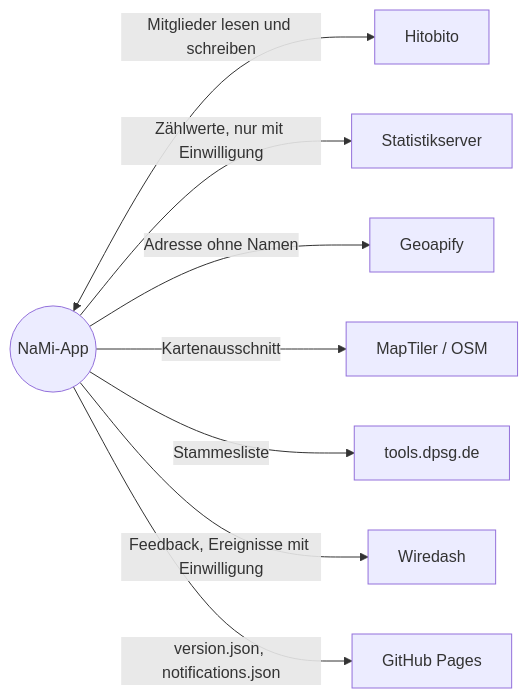
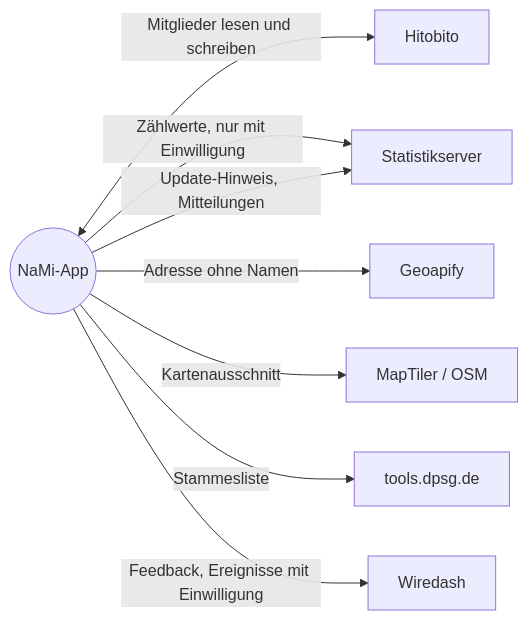
One commit to digital-scouts/dpsg-nami-app changed the diagram in docs/technik/externe-dienste.md. Above: the diagram before and after it, drawn with Mermaid. The commit also changed other lines of this file and 22 other files, not shown here.

First line of the commit message:
Meldungen und Versionen: App lädt vom Statistikserver statt von GitHub Pages

````diff
--- a/docs/technik/externe-dienste.md
+++ b/docs/technik/externe-dienste.md
@@ -13,11 +13,11 @@
 ```mermaid
 flowchart LR
   App((NaMi-App))
   App <-->|Mitglieder lesen und schreiben| H[Hitobito]
   App -->|Zählwerte, nur mit Einwilligung| S[Statistikserver]
   App -->|Adresse ohne Namen| G[Geoapify]
   App -->|Kartenausschnitt| K[MapTiler / OSM]
   App -->|Stammesliste| D[tools.dpsg.de]
   App -->|Feedback, Ereignisse mit Einwilligung| W[Wiredash]
-  App -->|version.json, notifications.json| P[GitHub Pages]
+  App -->|Update-Hinweis, Mitteilungen| S
 ```
````
